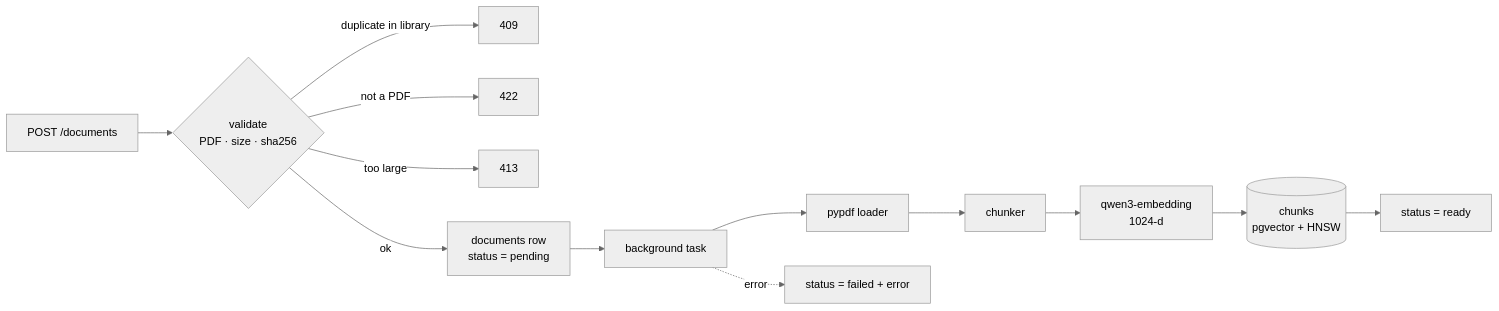
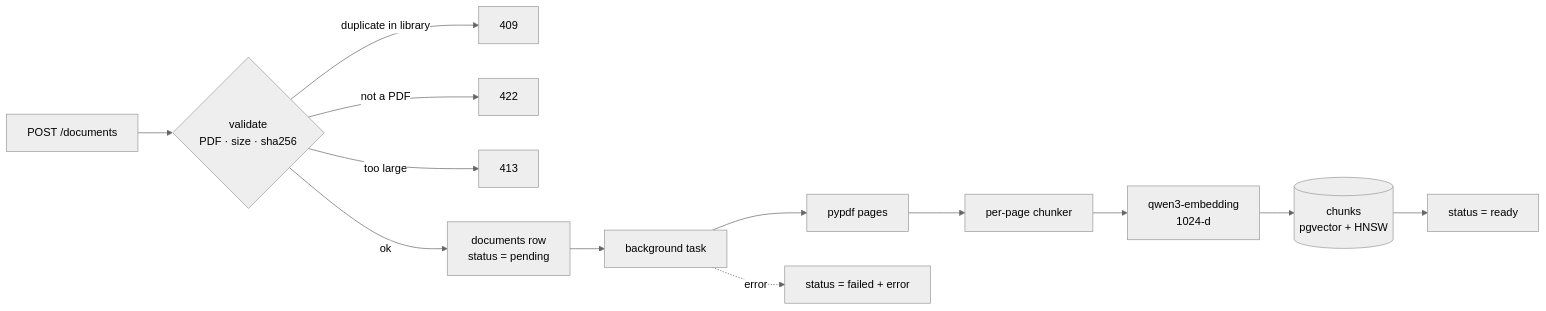
One commit to reddybharat/agentic-rag changed the fifth of 6 diagrams in docs/architecture.md. Above: the diagram before and after it, drawn with Mermaid (neutral theme). The commit also changed other lines of this file and 27 other files, not shown here.

````diff
--- a/docs/architecture.md
+++ b/docs/architecture.md
@@ -193,12 +138,12 @@
 ```mermaid
 flowchart LR
     up["POST /documents"] --> val{"validate<br/>PDF · size · sha256"}
     val -- "duplicate in library" --> dup["409"]
     val -- "not a PDF" --> bad["422"]
     val -- "too large" --> big["413"]
     val -- ok --> pend["documents row<br/>status = pending"]
     pend --> bg["background task"]
-    bg --> load["pypdf loader"] --> chunk["chunker"] --> emb["qwen3-embedding<br/>1024-d"] --> store[("chunks<br/>pgvector + HNSW")]
+    bg --> load["pypdf pages"] --> chunk["per-page chunker"] --> emb["qwen3-embedding<br/>1024-d"] --> store[("chunks<br/>pgvector + HNSW")]
     store --> ready["status = ready"]
     bg -. error .-> failed["status = failed + error"]
 ```
````
